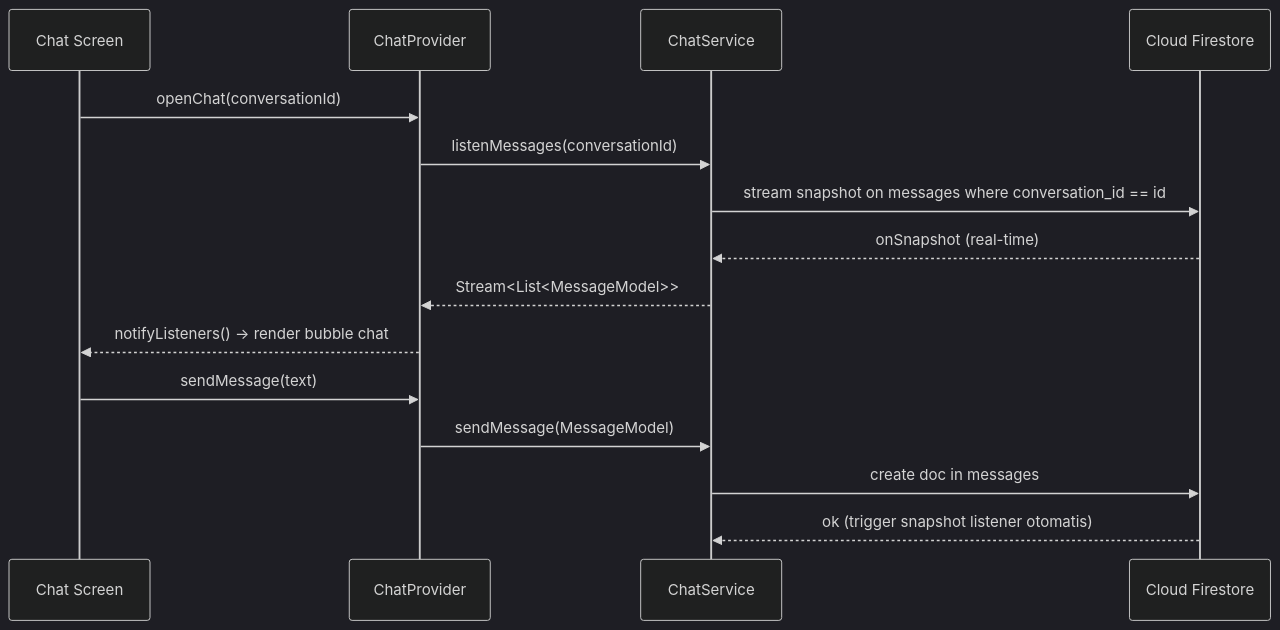
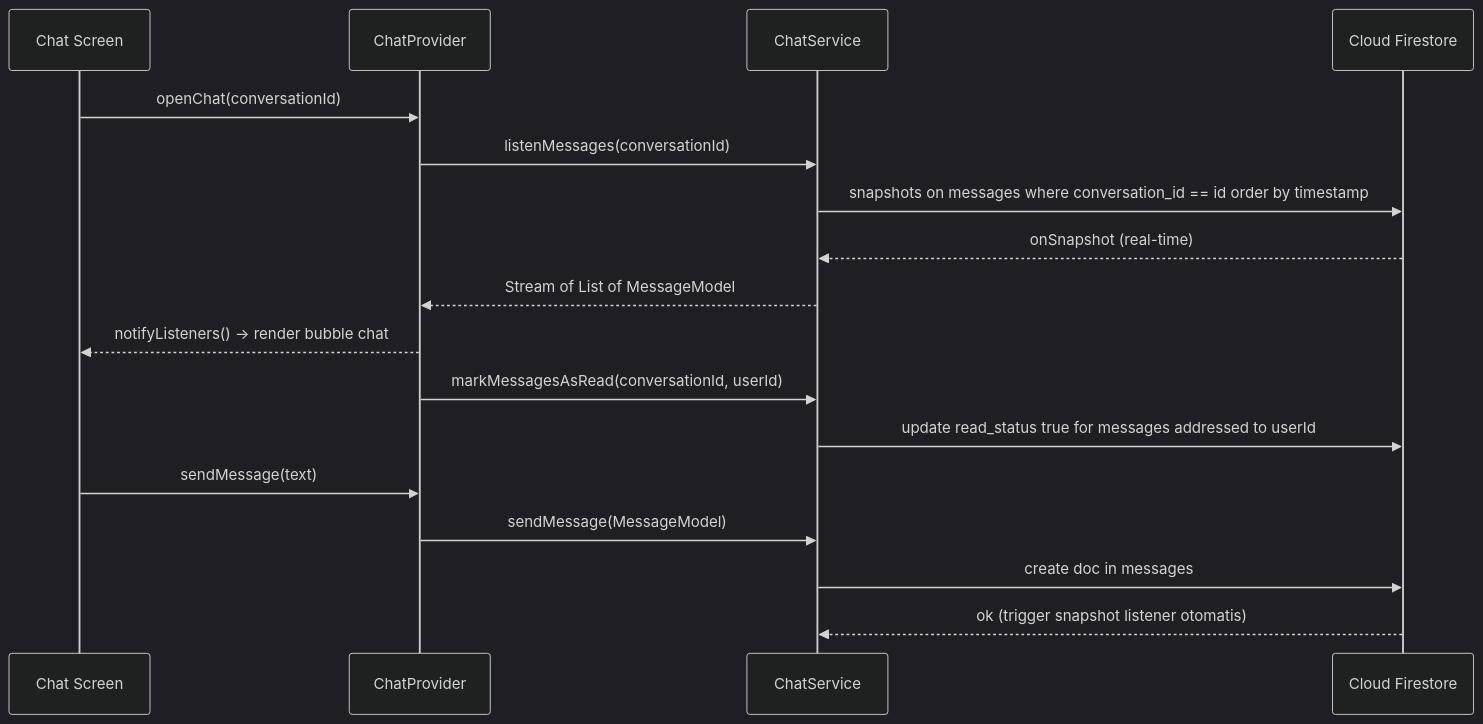
The fifth of 9 diagrams in Architecture.md (Gabriel1-05/SkillSwap), drawn with Mermaid (dark theme) before and after one commit. The commit also changed other lines of this file, not shown here.

````diff
--- a/Architecture.md
+++ b/Architecture.md
@@ -238,19 +327,21 @@
 ```mermaid
 sequenceDiagram
     participant UI as Chat Screen
     participant P as ChatProvider
     participant C as ChatService
     participant DB as Cloud Firestore
 
     UI->>P: openChat(conversationId)
     P->>C: listenMessages(conversationId)
-    C->>DB: stream snapshot on messages where conversation_id == id
+    C->>DB: snapshots on messages where conversation_id == id order by timestamp
     DB-->>C: onSnapshot (real-time)
-    C-->>P: Stream<List<MessageModel>>
+    C-->>P: Stream of List of MessageModel
     P-->>UI: notifyListeners() -> render bubble chat
+    P->>C: markMessagesAsRead(conversationId, userId)
+    C->>DB: update read_status true for messages addressed to userId
 
     UI->>P: sendMessage(text)
     P->>C: sendMessage(MessageModel)
     C->>DB: create doc in messages
     DB-->>C: ok (trigger snapshot listener otomatis)
 ```
````
